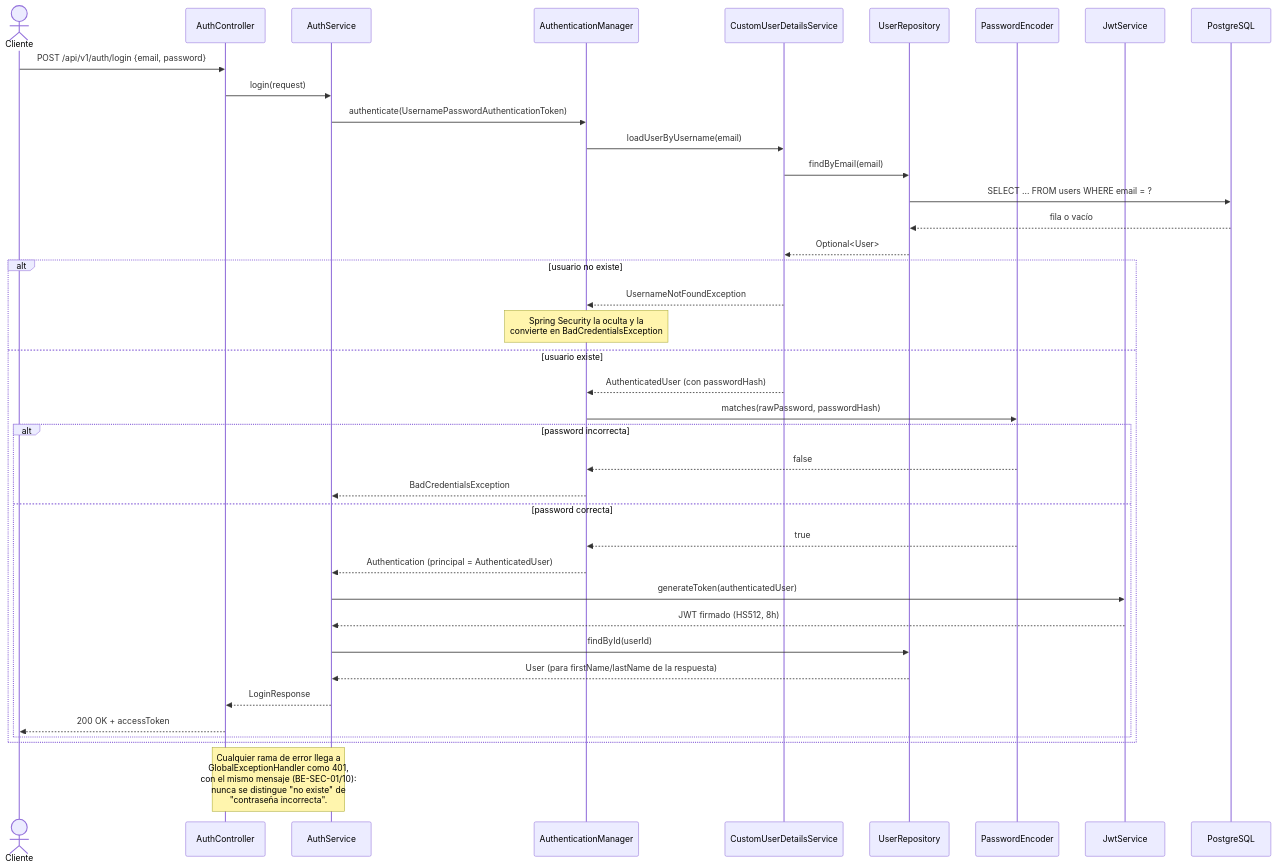
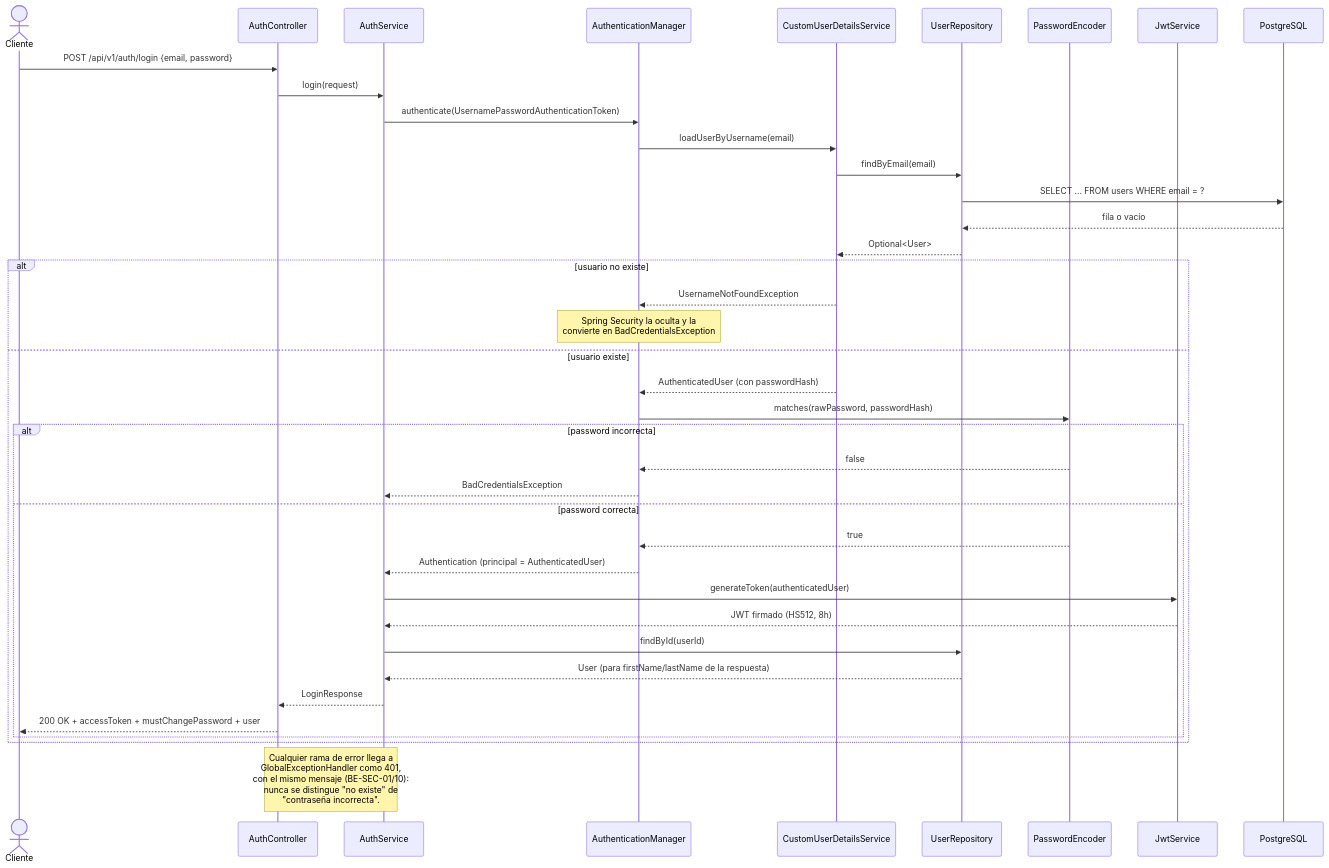
Before and after one commit to FranRuggi/UNLAM-GADS1: the first of 2 diagrams in backend/docs/diagrams/sequence-login.md, drawn with Mermaid. The commit also changed other lines of this file and 184 other files, not shown here.

````diff
--- a/backend/docs/diagrams/sequence-login.md
+++ b/backend/docs/diagrams/sequence-login.md
@@ -3,44 +3,44 @@
 ```mermaid
 sequenceDiagram
     actor Cliente
     participant AC as AuthController
     participant AS as AuthService
     participant AM as AuthenticationManager
     participant UDS as CustomUserDetailsService
     participant UR as UserRepository
     participant PE as PasswordEncoder
     participant JS as JwtService
     participant DB as PostgreSQL
 
     Cliente->>AC: POST /api/v1/auth/login {email, password}
     AC->>AS: login(request)
     AS->>AM: authenticate(UsernamePasswordAuthenticationToken)
     AM->>UDS: loadUserByUsername(email)
     UDS->>UR: findByEmail(email)
     UR->>DB: SELECT ... FROM users WHERE email = ?
     DB-->>UR: fila o vacío
     UR-->>UDS: Optional<User>
 
     alt usuario no existe
         UDS-->>AM: UsernameNotFoundException
         Note over AM: Spring Security la oculta y la<br/>convierte en BadCredentialsException
     else usuario existe
         UDS-->>AM: AuthenticatedUser (con passwordHash)
         AM->>PE: matches(rawPassword, passwordHash)
         alt password incorrecta
             PE-->>AM: false
             AM-->>AS: BadCredentialsException
         else password correcta
             PE-->>AM: true
             AM-->>AS: Authentication (principal = AuthenticatedUser)
             AS->>JS: generateToken(authenticatedUser)
             JS-->>AS: JWT firmado (HS512, 8h)
             AS->>UR: findById(userId)
             UR-->>AS: User (para firstName/lastName de la respuesta)
             AS-->>AC: LoginResponse
-            AC-->>Cliente: 200 OK + accessToken
+            AC-->>Cliente: 200 OK + accessToken + mustChangePassword + user
         end
     end
 
     Note over AS,AC: Cualquier rama de error llega a<br/>GlobalExceptionHandler como 401,<br/>con el mismo mensaje (BE-SEC-01/10):<br/>nunca se distingue "no existe" de<br/>"contraseña incorrecta".
 ```
````
